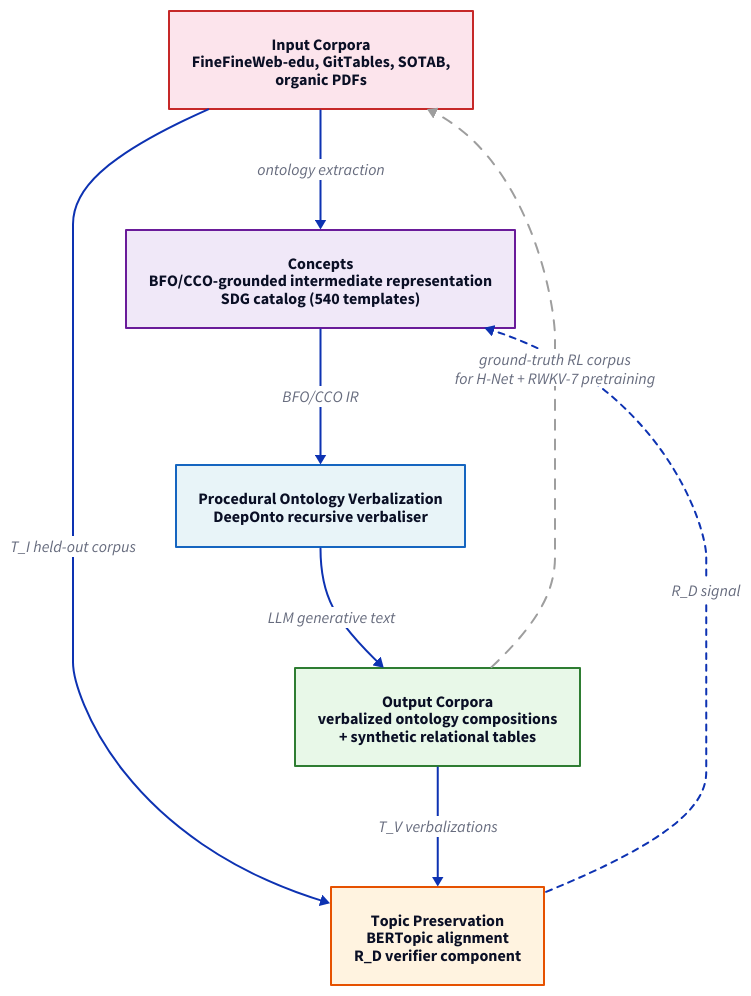
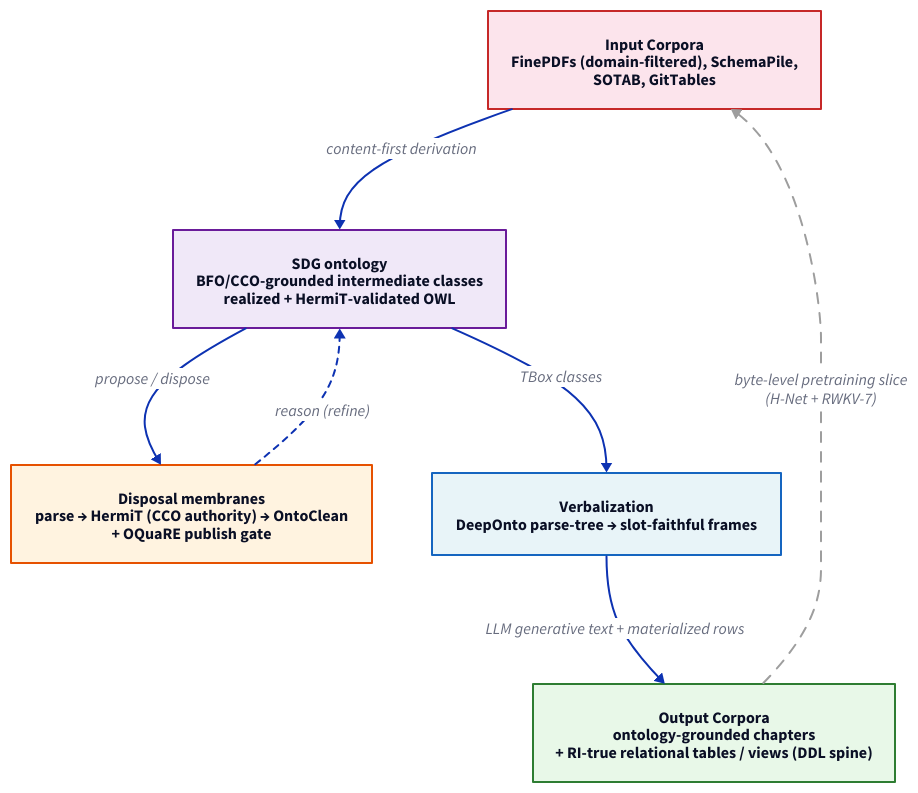
Before and after one commit to zndx/aegir: the diagram in docs/current/src/ontology/production_state.md, drawn with D2. The commit also changed other lines of this file and 18 other files, not shown here.

````diff
--- a/docs/current/src/ontology/production_state.md
+++ b/docs/current/src/ontology/production_state.md
@@ -441,41 +320,40 @@
 ```d2
 direction: down
 
-input: Input Corpora\nFineFineWeb-edu, GitTables, SOTAB,\norganic PDFs {
+input: Input Corpora\nFinePDFs (domain-filtered), SchemaPile,\nSOTAB, GitTables {
   style.fill: "#fce4ec"
   style.stroke: "#c62828"
 }
 
-concepts: Concepts\nBFO/CCO-grounded intermediate representation\nSDG catalog (540 templates) {
+ontology: SDG ontology\nBFO/CCO-grounded intermediate classes\nrealized + HermiT-validated OWL {
   style.fill: "#f0e8f8"
   style.stroke: "#6a1b9a"
 }
 
-topic: Topic Preservation\nBERTopic alignment\nR_D verifier component {
+membranes: Disposal membranes\nparse → HermiT (CCO authority) → OntoClean\n+ OQuaRE publish gate {
   style.fill: "#fff3e0"
   style.stroke: "#e65100"
 }
 
-verbalize: Procedural Ontology Verbalization\nDeepOnto recursive verbaliser {
+verbalize: Verbalization\nDeepOnto parse-tree → slot-faithful frames {
   style.fill: "#e8f4f8"
   style.stroke: "#1565c0"
 }
 
-output: Output Corpora\nverbalized ontology compositions\n+ synthetic relational tables {
+output: Output Corpora\nontology-grounded chapters\n+ RI-true relational tables / views (DDL spine) {
   style.fill: "#e8f8e8"
   style.stroke: "#2e7d32"
 }
 
-input -> concepts: ontology extraction
-concepts -> verbalize: BFO/CCO IR
-verbalize -> output: LLM generative text
-input -> topic: T_I held-out corpus
-output -> topic: T_V verbalizations
-topic -> concepts: R_D signal {
+input -> ontology: content-first derivation
+ontology -> membranes: propose / dispose
+membranes -> ontology: reason (refine) {
   style.stroke-dash: 3
 }
-output -> input: ground-truth RL corpus\nfor H-Net + RWKV-7 pretraining {
+ontology -> verbalize: TBox classes
+verbalize -> output: LLM generative text + materialized rows
+output -> input: byte-level pretraining slice\n(H-Net + RWKV-7) {
   style.stroke-dash: 5
   style.stroke: "#9e9e9e"
 }
 ```
````
